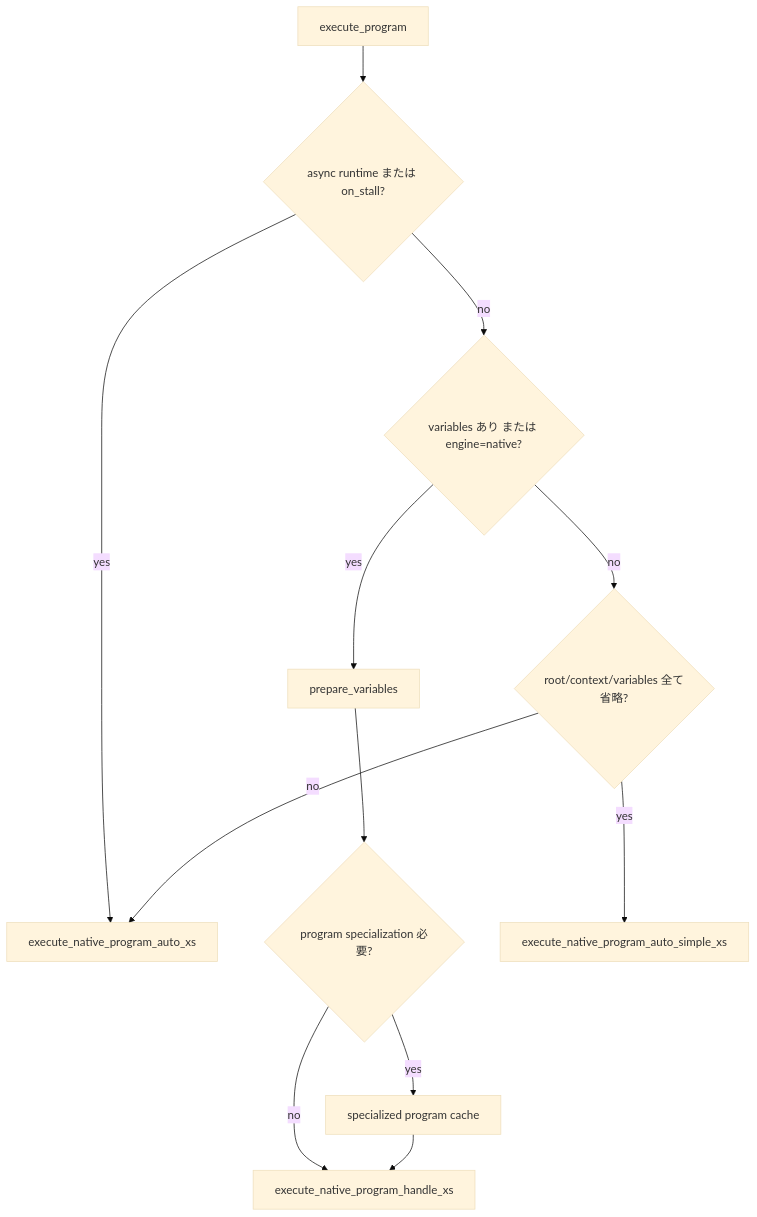
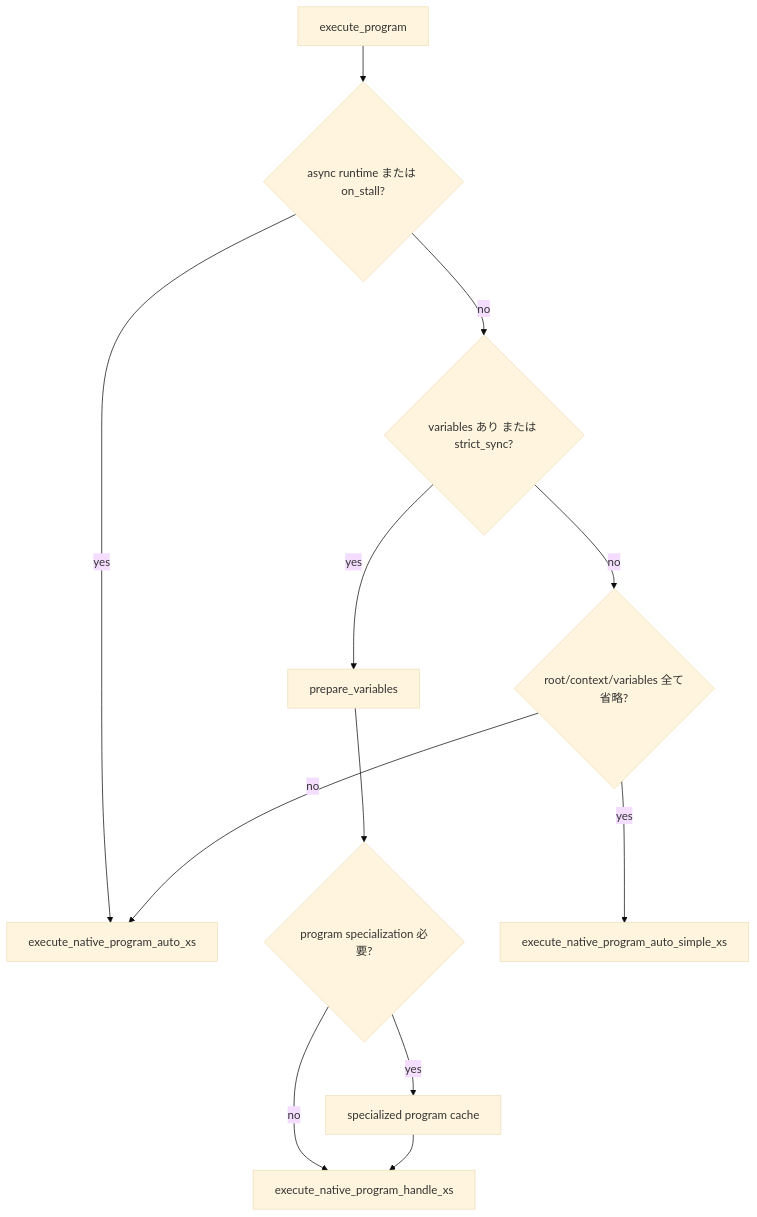
The fourth of 5 diagrams in docs/vm-internals-ja.md (AnaTofuZ/GraphQL-Houtou), drawn with Mermaid (base theme) before and after one commit. The commit also changed 11 other files, not shown here.

Commit message:
Replace engine option with strict sync

````diff
--- a/docs/vm-internals-ja.md
+++ b/docs/vm-internals-ja.md
@@ -319,14 +319,14 @@
 ```mermaid
 flowchart TD
     E[execute_program] --> A{async runtime または on_stall?}
     A -- yes --> AUTO[execute_native_program_auto_xs]
-    A -- no --> V{variables あり または engine=native?}
+    A -- no --> V{variables あり または strict_sync?}
     V -- yes --> PV[prepare_variables]
     PV --> S{program specialization 必要?}
     S -- no --> H[execute_native_program_handle_xs]
     S -- yes --> SP[specialized program cache]
     SP --> H
     V -- no --> Z{root/context/variables 全て省略?}
     Z -- yes --> SIMPLE[execute_native_program_auto_simple_xs]
     Z -- no --> AUTO
 ```
````
